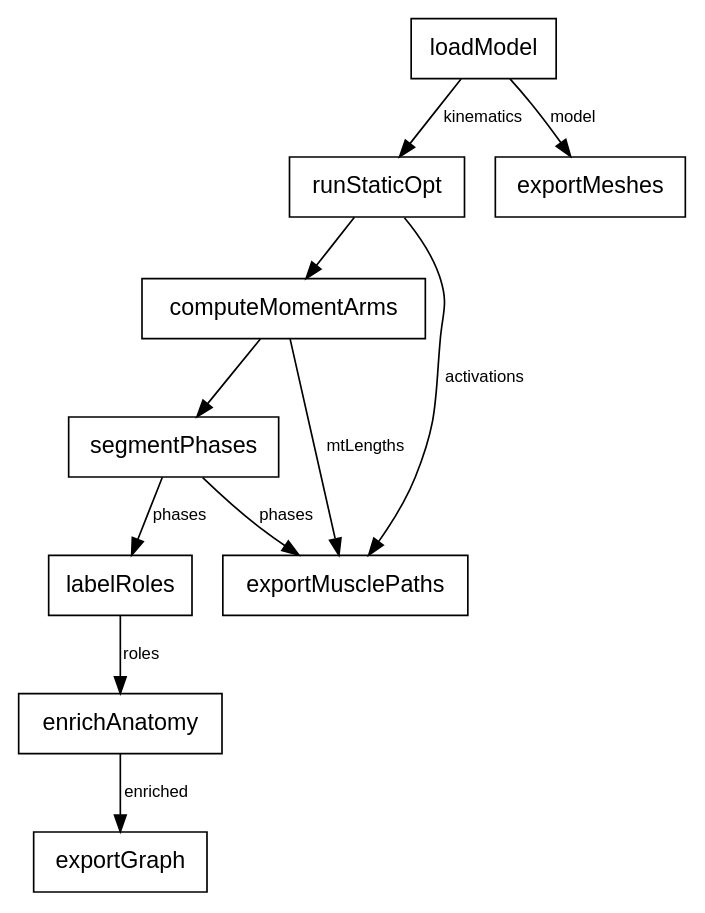
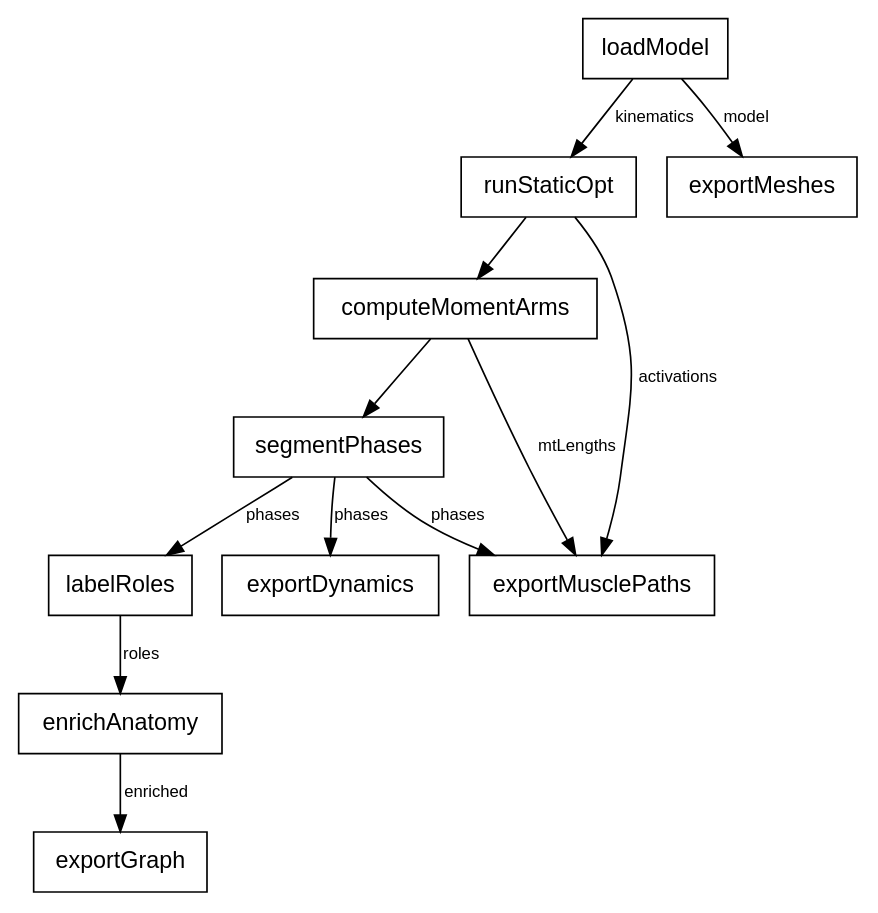
One commit to argent0/bio-mechanics changed the diagram in generated/diagrams/pipeline.dot. Above: the diagram before and after it, drawn with Graphviz. The commit also changed 21 other files, not shown here.

Commit message:
Add muscle sequence and tug-of-war moments panel Shows muscle order and N·m contest per joint over time

```diff
--- a/generated/diagrams/pipeline.dot
+++ b/generated/diagrams/pipeline.dot
@@ -1,25 +1,27 @@
 // Generated by `lake exe gen` from spec/BioMech/Pipeline.lean. Edit the Lean source, then regenerate: cd spec && lake exe gen
 digraph pipeline {
   rankdir=TB;
   node [shape=box, fontname="Helvetica"];
   edge [fontname="Helvetica", fontsize=10];
   "loadModel" [label="loadModel"];
   "runStaticOpt" [label="runStaticOpt"];
   "computeMomentArms" [label="computeMomentArms"];
   "segmentPhases" [label="segmentPhases"];
   "labelRoles" [label="labelRoles"];
   "enrichAnatomy" [label="enrichAnatomy"];
   "exportGraph" [label="exportGraph"];
   "exportMeshes" [label="exportMeshes"];
   "exportMusclePaths" [label="exportMusclePaths"];
+  "exportDynamics" [label="exportDynamics"];
   "loadModel" -> "runStaticOpt" [label="kinematics"];
   "runStaticOpt" -> "computeMomentArms";
   "computeMomentArms" -> "segmentPhases";
   "segmentPhases" -> "labelRoles" [label="phases"];
   "labelRoles" -> "enrichAnatomy" [label="roles"];
   "enrichAnatomy" -> "exportGraph" [label="enriched"];
   "loadModel" -> "exportMeshes" [label="model"];
   "computeMomentArms" -> "exportMusclePaths" [label="mtLengths"];
   "runStaticOpt" -> "exportMusclePaths" [label="activations"];
   "segmentPhases" -> "exportMusclePaths" [label="phases"];
+  "segmentPhases" -> "exportDynamics" [label="phases"];
 }
```
